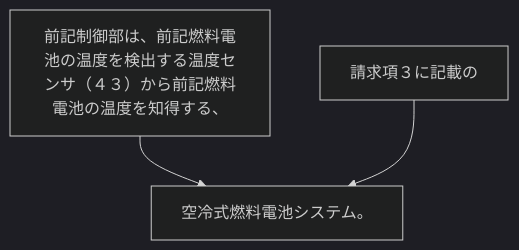
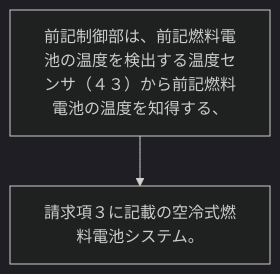
One commit to shinmori55/patent_analyzed changed the diagram in 2024/JP2024017767A/claim_4/README.md. Above: the diagram before and after it, drawn with Mermaid (dark theme). The commit also changed 336 other files, not shown here.

````diff
--- a/2024/JP2024017767A/claim_4/README.md
+++ b/2024/JP2024017767A/claim_4/README.md
@@ -2,8 +2,6 @@
 ```mermaid
 flowchart TD
 A[前記制御部は、前記燃料電池の温度を検出する温度センサ（４３）から前記燃料電池の温度を知得する、]
-B[請求項３に記載の]
-C[空冷式燃料電池システム。]
-A --> C
-B --> C
+B[請求項３に記載の空冷式燃料電池システム。]
+A --> B
 ```
````
